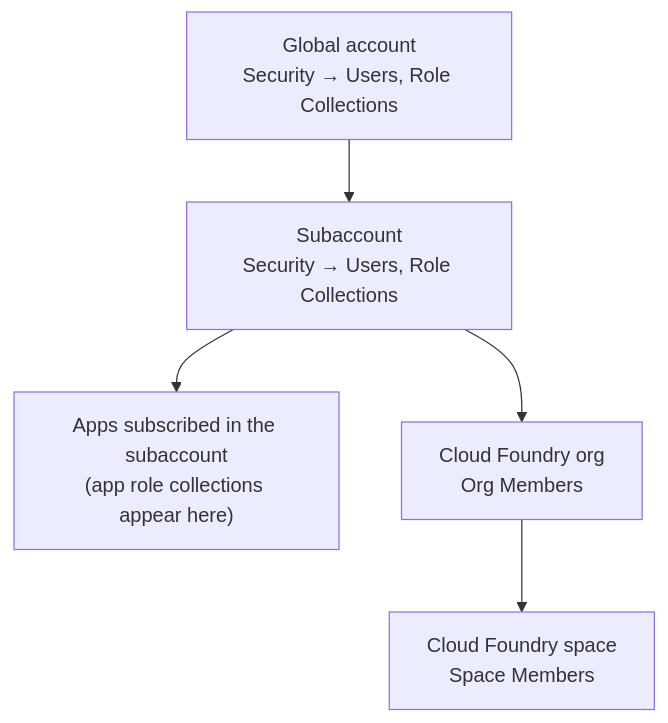
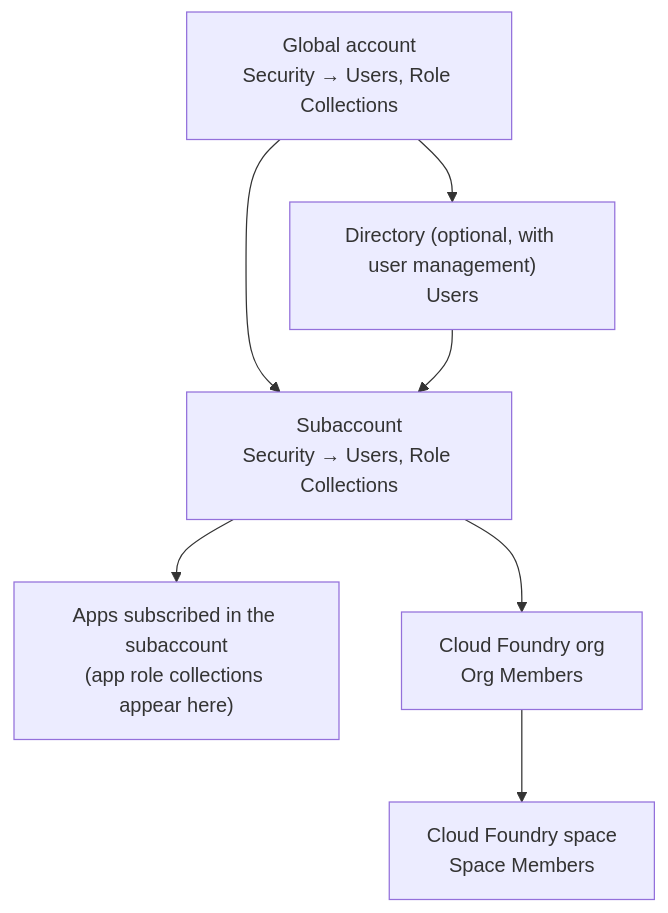
The diagram in books/btpai/btp-users-role-collections.md (kiaanwankhede/MyNotes), drawn with Mermaid before and after one commit. The commit also changed other lines of this file and 17 other files, not shown here.

````diff
--- a/books/btpai/btp-users-role-collections.md
+++ b/books/btpai/btp-users-role-collections.md
@@ -26,7 +26,9 @@
 ```mermaid
 flowchart TB
     GA["Global account<br/>Security → Users, Role Collections"] --> SA["Subaccount<br/>Security → Users, Role Collections"]
+    GA --> DIR["Directory (optional, with user management)<br/>Users"]
+    DIR --> SA
     SA --> APP["Apps subscribed in the subaccount<br/>(app role collections appear here)"]
     SA --> ORG["Cloud Foundry org<br/>Org Members"]
     ORG --> SPACE["Cloud Foundry space<br/>Space Members"]
 ```
````
